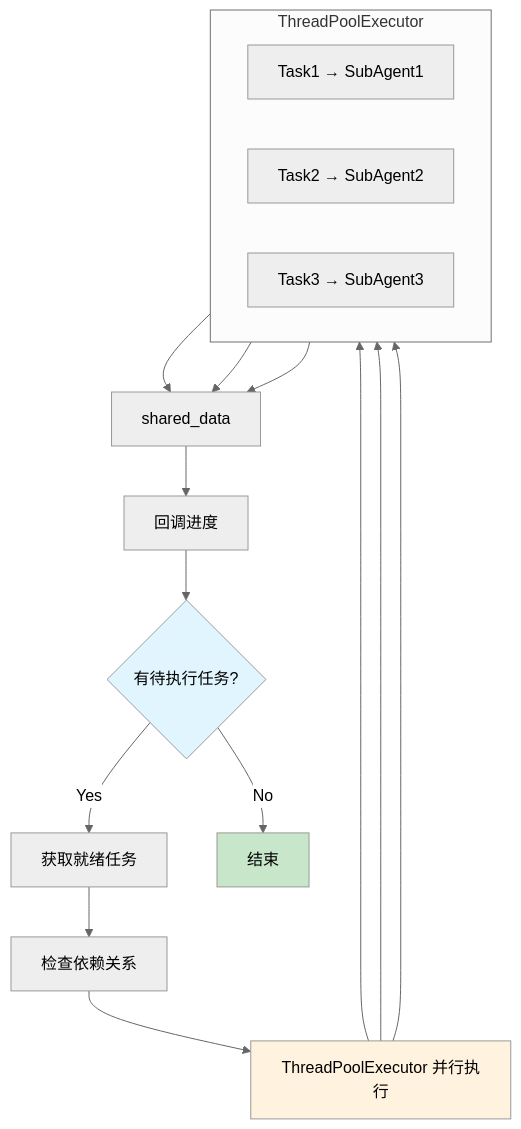
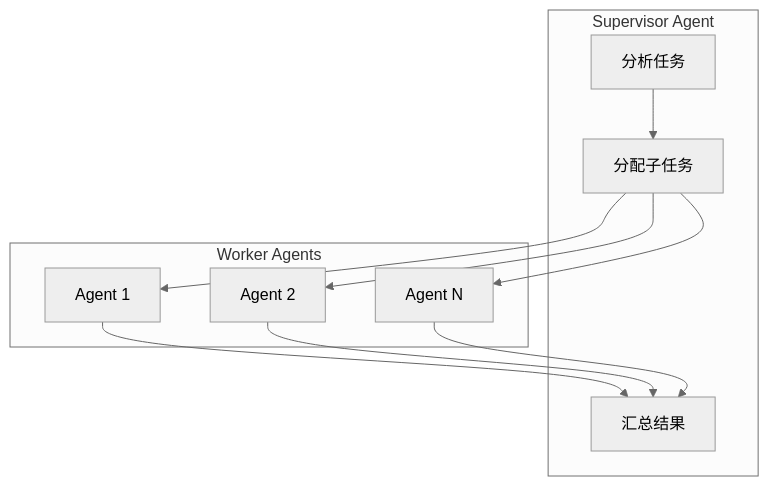
Diagram 14 of 15 in report/DeepEval.1.0.md (VincentGum/deep_eval_demo), drawn with Mermaid (neutral theme) before and after one commit. The commit also changed other lines of this file and 3 other files, not shown here.

````diff
--- a/report/DeepEval.1.0.md
+++ b/report/DeepEval.1.0.md
@@ -703,30 +662,22 @@
 ```mermaid
-flowchart TD
-    A{有待执行任务?} -->|Yes| B[获取就绪任务]
-    A -->|No| Z[结束]
-    
-    B --> C[检查依赖关系]
-    C --> D[ThreadPoolExecutor 并行执行]
-    
-    D --> S1[Task1 → SubAgent1]
-    D --> S2[Task2 → SubAgent2]
-    D --> S3[Task3 → SubAgent3]
-    
-    S1 --> SD[shared_data]
-    S2 --> SD
-    S3 --> SD
-    
-    SD --> P[回调进度]
-    P --> A
-    
-    subgraph ThreadPoolExecutor
-        direction LR
-        S1
-        S2
-        S3
+flowchart TB
+    subgraph Supervisor["Supervisor Agent"]
+        S1[分析任务]
+        S2[分配子任务]
+        S3[汇总结果]
     end
-    
-    style A fill:#e1f5fe
-    style Z fill:#c8e6c9
-    style D fill:#fff3e0
+
+    subgraph Workers["Worker Agents"]
+        W1[Agent 1]
+        W2[Agent 2]
+        W3[Agent N]
+    end
+
+    S1 --> S2
+    S2 --> W1
+    S2 --> W2
+    S2 --> W3
+    W1 --> S3
+    W2 --> S3
+    W3 --> S3
 ```
````
